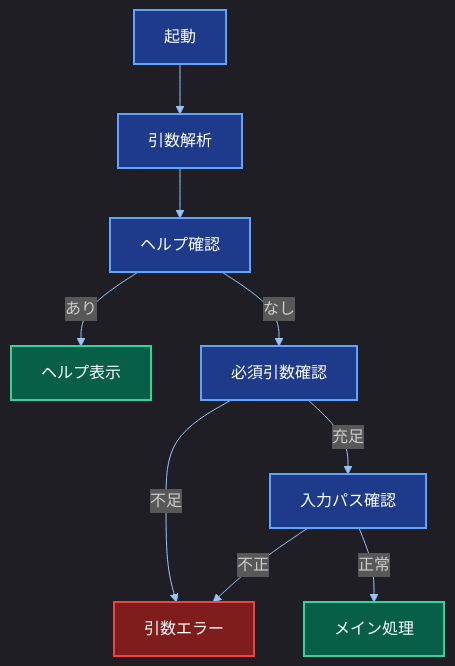
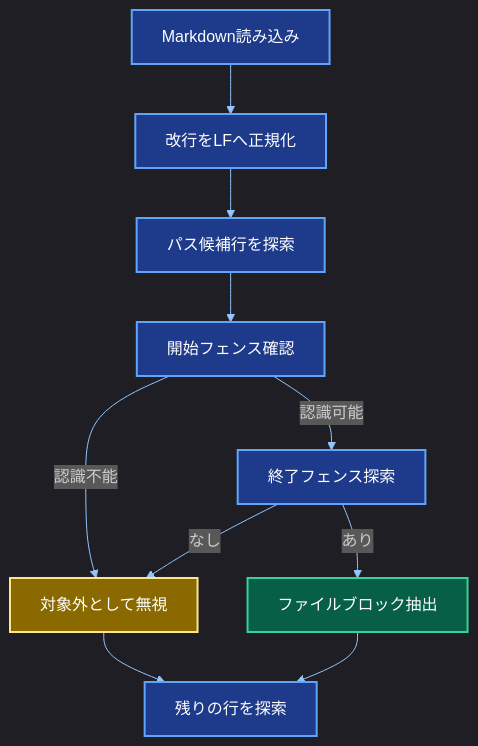
The second of 4 diagrams in document/03_詳細設計書.md (SKAsApp/source-to-markdown), drawn with Mermaid before and after one commit. The commit also changed other lines of this file and 17 other files, not shown here.

````diff
--- a/document/03_詳細設計書.md
+++ b/document/03_詳細設計書.md
@@ -165,42 +218,43 @@
 ```mermaid
 %%{
 	init:
 	{
 		"theme": "dark",
 		"themeVariables":
 		{
 			"primaryColor":"#0b1220",
 			"primaryTextColor":"#e5e7eb",
 			"primaryBorderColor":"#60a5fa",
 			"lineColor":"#93c5fd",
 			"secondaryColor":"#111827",
 			"tertiaryColor":"#0f172a",
 			"fontFamily": "\"Hiragino Kaku Gothic ProN\", \"YuGothic\", \"Yu Gothic\", sans-serif"
 		}
 	}
 }%%
 flowchart TB
-	A["起動"] --> B["引数解析"]
-	B --> C["ヘルプ確認"]
-	C -- "あり" --> D["ヘルプ表示"]
-	C -- "なし" --> E["必須引数確認"]
-	E -- "不足" --> F["引数エラー"]
-	E -- "充足" --> G["入力パス確認"]
-	G -- "不正" --> F
-	G -- "正常" --> H["メイン処理"]
+	A["Markdown読み込み"] --> B["改行をLFへ正規化"]
+	B --> C["パス候補行を探索"]
+	C --> D["開始フェンス確認"]
+	D -- "認識不能" --> E["対象外として無視"]
+	D -- "認識可能" --> F["終了フェンス探索"]
+	F -- "なし" --> E
+	F -- "あり" --> G["ファイルブロック抽出"]
+	G --> H["残りの行を探索"]
+	E --> H
 
 	classDef subgraph_box_blue fill:#1f2937,stroke:#64748b,color:#e5e7eb;
 	classDef subgraph_box_green fill:#0f1f1a,stroke:#7a8f86,color:#e5e7eb;
 	classDef subgraph_box_red fill:#2a1222,stroke:#9b7a8c,color:#e5e7eb;
 	classDef blue fill:#1e3a8a,stroke:#60a5fa,color:#ffffff,stroke-width:2px;
 	classDef green fill:#065f46,stroke:#34d399,color:#ffffff,stroke-width:2px;
 	classDef yellow fill:#8a6a00,stroke:#fde68a,color:#ffffff,stroke-width:2px;
 	classDef red fill:#7f1d1d,stroke:#ef4444,color:#ffffff,stroke-width:2px;
 	classDef purple fill:#4c1d95,stroke:#c4b5fd,color:#ffffff,stroke-width:2px;
 	classDef cyan fill:#155e75,stroke:#67e8f9,color:#ffffff,stroke-width:2px;
 	classDef pink fill:#a41b66,stroke:#f9a8d4,color:#ffffff,stroke-width:2px;
 
-	class A,B,C,E,G blue;
-	class D,H green;
-	class F red;
+	class A,B,C,D,F,H blue;
+	class E yellow;
+	class G green;
 ```
````
